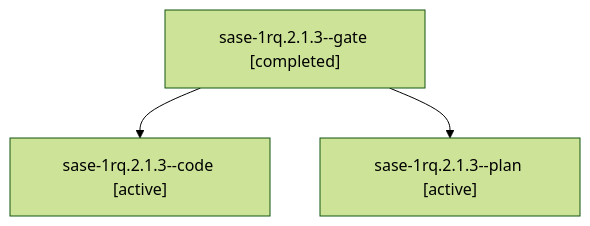
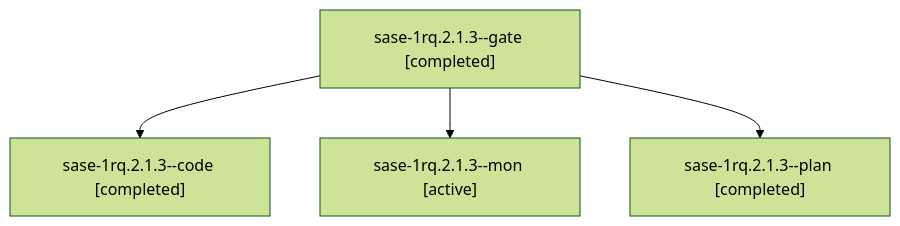
Before and after one commit to sase-org/sase--agents: the diagram in sessions/bbugyi200.athena.sase-1rq.2.1.3.md, drawn with Mermaid (forest theme). The commit also changed other lines of this file and 154 other files, not shown here.

````diff
--- a/sessions/bbugyi200.athena.sase-1rq.2.1.3.md
+++ b/sessions/bbugyi200.athena.sase-1rq.2.1.3.md
@@ -9,8 +9,10 @@
 ```mermaid
 flowchart TD
   n0["sase-1rq.2.1.3--gate [completed]"]
-  n1["sase-1rq.2.1.3--code [active]"]
+  n1["sase-1rq.2.1.3--code [completed]"]
   n0 --> n1
-  n2["sase-1rq.2.1.3--plan [active]"]
+  n2["sase-1rq.2.1.3--mon [active]"]
   n0 --> n2
+  n3["sase-1rq.2.1.3--plan [completed]"]
+  n0 --> n3
 ```
````
